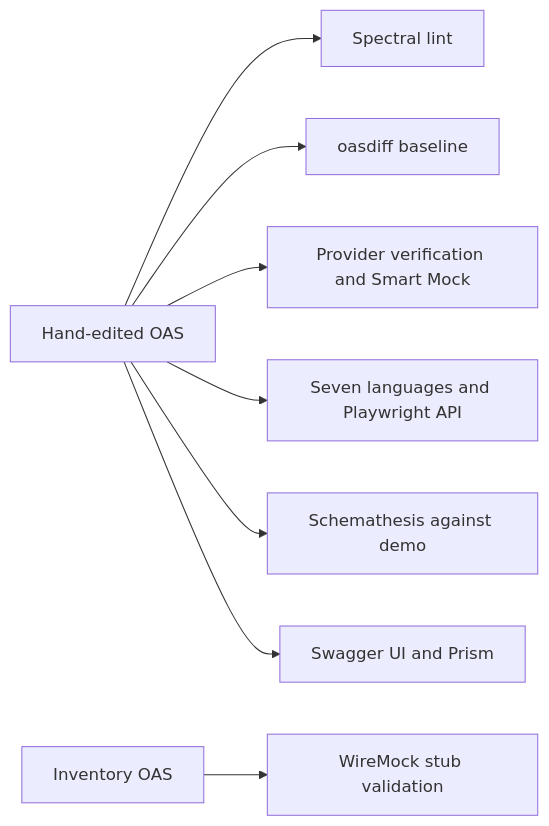
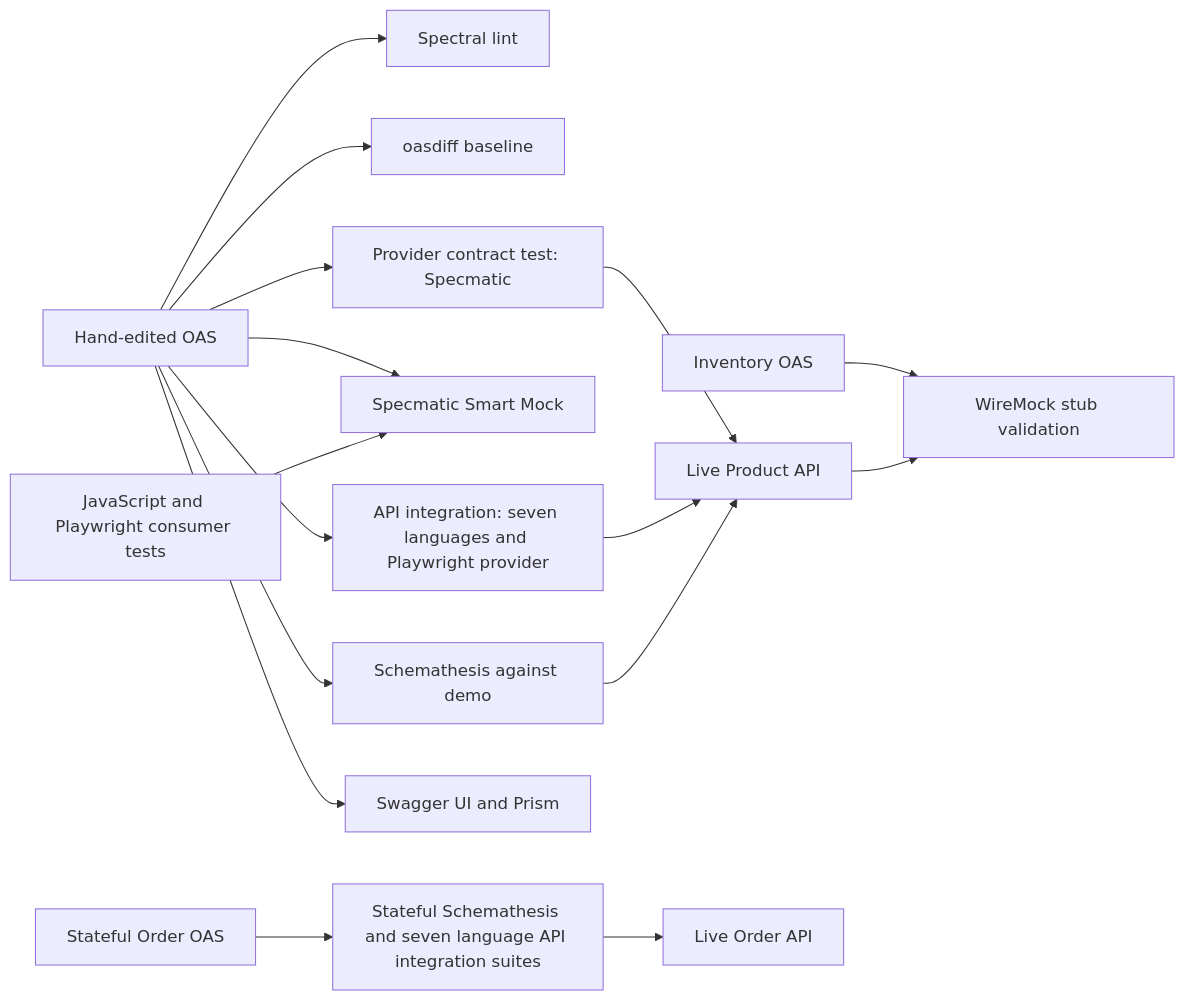
One commit to shoman2020/oas-polycontract changed the diagram in ROADMAP.md. Above: the diagram before and after it, drawn with Mermaid. The commit also changed other lines of this file and 50 other files, not shown here.

````diff
--- a/ROADMAP.md
+++ b/ROADMAP.md
@@ -27,10 +30,18 @@
 ```mermaid
 flowchart LR
     OAS[Hand-edited OAS] --> Lint[Spectral lint]
     OAS --> Compat[oasdiff baseline]
-    OAS --> Specmatic[Provider verification and Smart Mock]
-    OAS --> Clients[Seven languages and Playwright API]
+    OAS --> Provider[Provider contract test: Specmatic]
+    OAS --> Mock[Specmatic Smart Mock]
+    OAS --> Integration[API integration: seven languages and Playwright provider]
     OAS --> Fuzz[Schemathesis against demo]
     OAS --> Debug[Swagger UI and Prism]
+    Provider --> App[Live Product API]
+    Integration --> App
+    Consumer[JavaScript and Playwright consumer tests] --> Mock
+    Fuzz --> App
     Downstream[Inventory OAS] --> WireMock[WireMock stub validation]
+    App --> WireMock
+    StatefulOAS[Stateful Order OAS] --> StatefulTests[Stateful Schemathesis and seven language API integration suites]
+    StatefulTests --> OrderApp[Live Order API]
 ```
````
